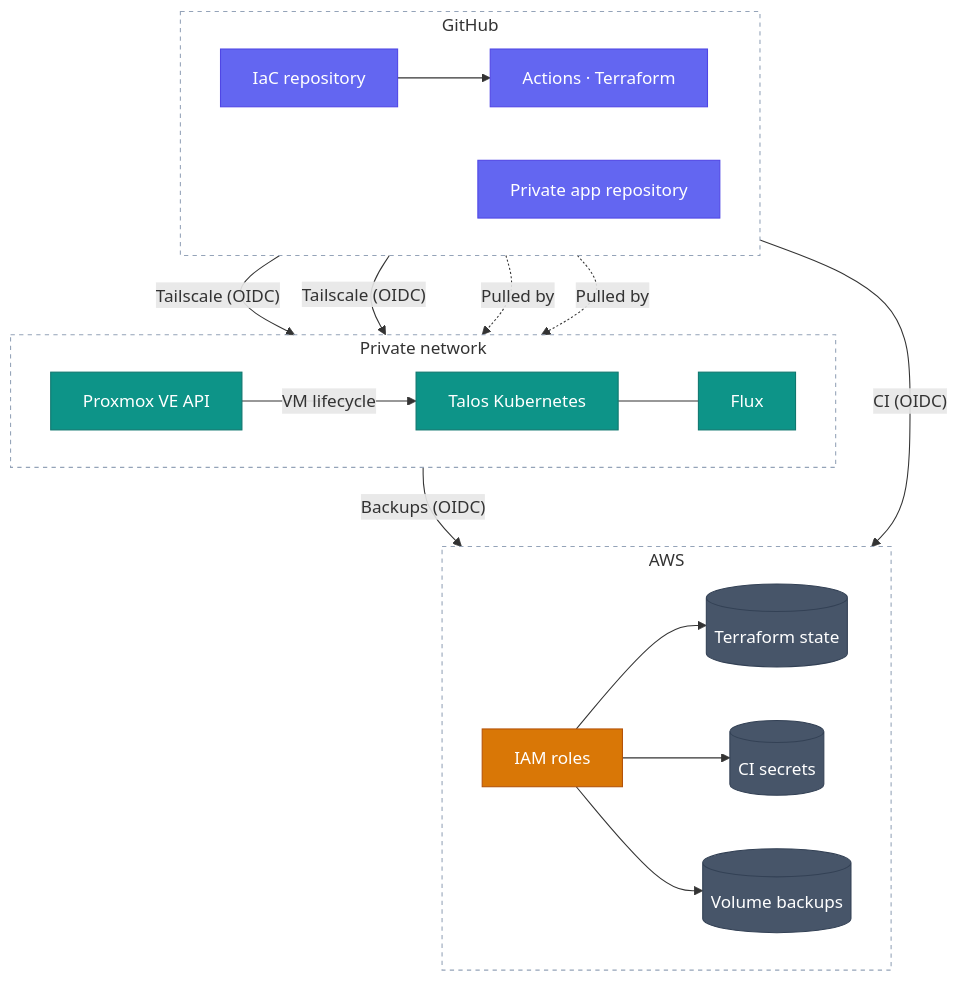
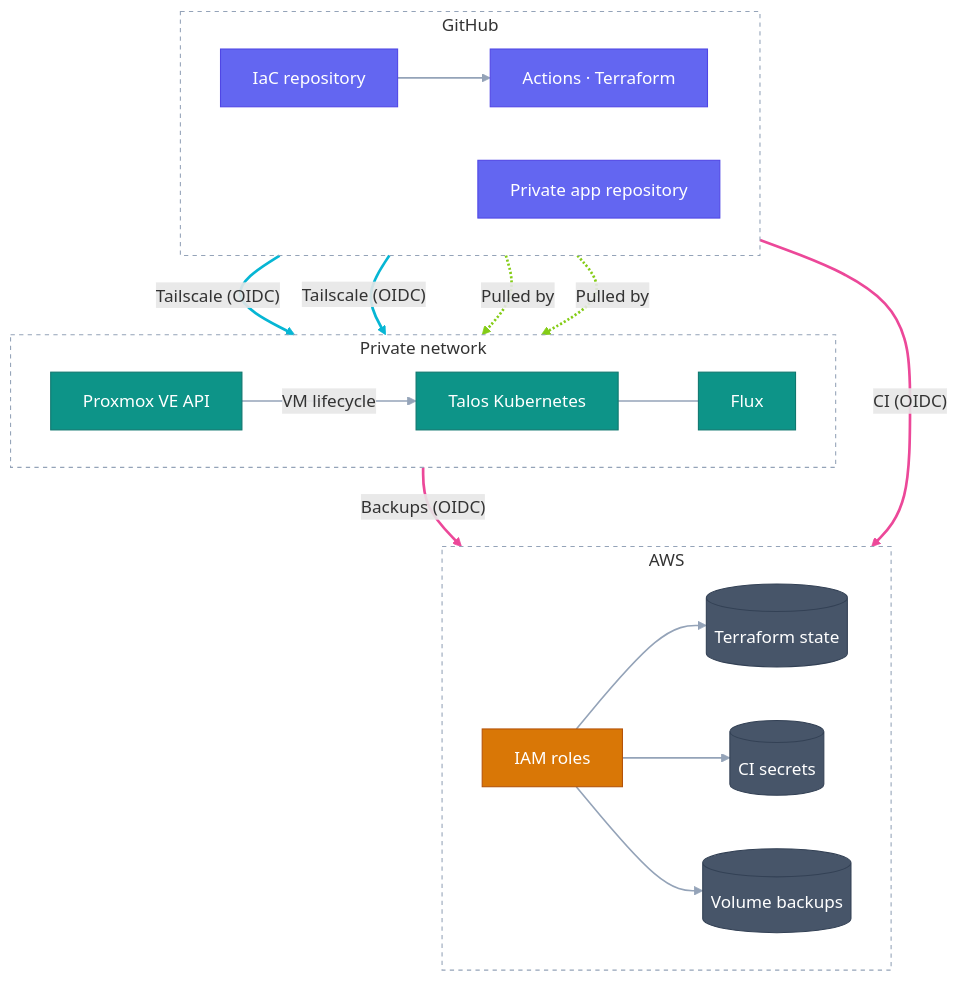
Before and after one commit to rauland/iac: the diagram in README.md, drawn with Mermaid.

Commit message:
Colour the architecture diagram's edges by kind of connection
Tailscale in cyan, OIDC role assumption in pink, Flux pulls in green, and
internal links in grey.

Claude-Session: https://claude.ai/code/session_01GaWU1W6epJg7bgDswMPmiT

````diff
--- a/README.md
+++ b/README.md
@@ -31,40 +31,45 @@
 ```mermaid
 flowchart TB
     subgraph github["GitHub"]
         direction LR
         repo["IaC repository"] --> actions["Actions · Terraform"]
         apps["Private app repository"]
     end
 
     subgraph homelab["Private network"]
         direction LR
         proxmox["Proxmox VE API"] -->|VM lifecycle| talos["Talos Kubernetes"]
         talos --- flux["Flux"]
     end
 
     subgraph aws["AWS"]
         direction LR
         iam["IAM roles"] --> state[("Terraform state")]
         iam --> ssm[("CI secrets")]
         iam --> backups[("Volume backups")]
     end
 
     actions -->|"Tailscale (OIDC)"| proxmox
     actions -->|"Tailscale (OIDC)"| talos
     actions -->|"CI (OIDC)"| iam
     talos -->|"Backups (OIDC)"| iam
     repo -.->|Pulled by| flux
     apps -.->|Pulled by| flux
 
     classDef source fill:#6366F1,stroke:#4F46E5,color:#FFFFFF
     classDef runtime fill:#0D9488,stroke:#0F766E,color:#FFFFFF
     classDef identity fill:#D97706,stroke:#B45309,color:#FFFFFF
     classDef data fill:#475569,stroke:#334155,color:#FFFFFF
     classDef group fill:none,stroke:#94A3B8,stroke-dasharray:4 4
 
     class repo,apps,actions source
     class proxmox,talos,flux runtime
     class iam identity
     class state,ssm,backups data
     class github,homelab,aws group
+
+    linkStyle 0,1,2,3,4,5 stroke:#94A3B8,stroke-width:1.5px
+    linkStyle 6,7 stroke:#06B6D4,stroke-width:2.5px
+    linkStyle 8,9 stroke:#EC4899,stroke-width:2.5px
+    linkStyle 10,11 stroke:#84CC16,stroke-width:2.5px
 ```
````
